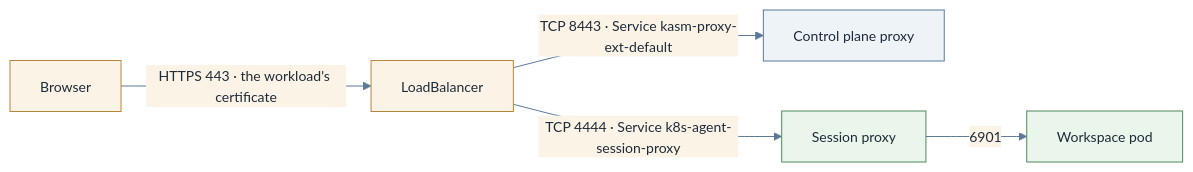
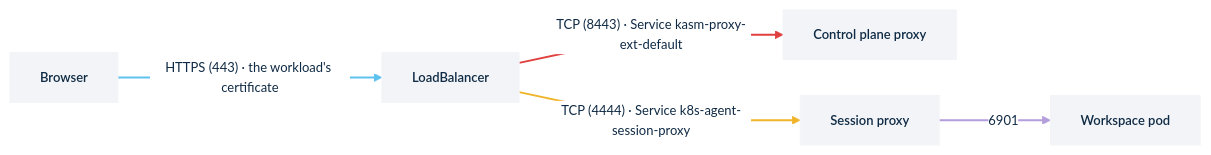
One commit to kasmtech/kasm-helm changed the diagram in docs/how-to/networking/loadbalancer-nodeport.md. Above: the diagram before and after it, drawn with Mermaid. The commit also changed other lines of this file and 35 other files, not shown here.

First line of the commit message:
Kasm diagram theme, and the operator and agent fixes verified against the dev builds

````diff
--- a/docs/how-to/networking/loadbalancer-nodeport.md
+++ b/docs/how-to/networking/loadbalancer-nodeport.md
@@ -13,12 +13,18 @@
 ```mermaid
-%%{init: {"theme":"base","themeVariables":{"primaryColor":"#eef3f8","primaryBorderColor":"#5b7a99","primaryTextColor":"#1d2b3a","secondaryColor":"#fbf3e6","secondaryBorderColor":"#b8863b","tertiaryColor":"#eaf5ec","tertiaryBorderColor":"#4f8a5b","lineColor":"#5b7a99","fontFamily":"Inter, Helvetica, Arial, sans-serif","fontSize":"14px"},"flowchart":{"curve":"basis","htmlLabels":true}}}%%
+%%{init: {"theme":"base","themeVariables":{"background":"#ffffff","primaryColor":"#f2f4f7","primaryBorderColor":"#f2f4f7","primaryTextColor":"#0f2a44","lineColor":"#0f2a44","clusterBkg":"#ffffff","clusterBorder":"#4a4a4a","edgeLabelBackground":"#ffffff","fontFamily":"Montserrat, Helvetica, Arial, sans-serif","fontSize":"13px"},"flowchart":{"curve":"linear","htmlLabels":true,"nodeSpacing":36,"rankSpacing":64}}}%%
 flowchart LR
-  browser["Browser"] -->|"HTTPS 443 · the workload's certificate"| lb["LoadBalancer"]
-  lb -->|"TCP 8443 · Service kasm-proxy-ext-default"| cp["Control plane proxy"]
-  lb -->|"TCP 4444 · Service k8s-agent-session-proxy"| sp["Session proxy"]
-  sp -->|"6901"| ws["Workspace pod"]
-  classDef agent fill:#eaf5ec,stroke:#4f8a5b
-  classDef ext fill:#fbf3e6,stroke:#b8863b
-  class sp,ws agent
-  class browser,lb ext
+  browser["Browser"]:::card
+  lb["LoadBalancer"]:::card
+  cp["Control plane proxy"]:::card
+  sp["Session proxy"]:::card
+  ws["Workspace pod"]:::card
+  browser -->|"HTTPS (443) · the workload's certificate"| lb
+  lb -->|"TCP (8443) · Service kasm-proxy-ext-default"| cp
+  lb -->|"TCP (4444) · Service k8s-agent-session-proxy"| sp
+  sp -->|"6901"| ws
+  classDef card fill:#f2f4f7,stroke:#f2f4f7,color:#0f2a44,font-weight:600
+  linkStyle 0 stroke:#5ec2ef,stroke-width:2px
+  linkStyle 1 stroke:#e0413f,stroke-width:2px
+  linkStyle 2 stroke:#f0b429,stroke-width:2px
+  linkStyle 3 stroke:#b39ddb,stroke-width:2px
 ```
````
